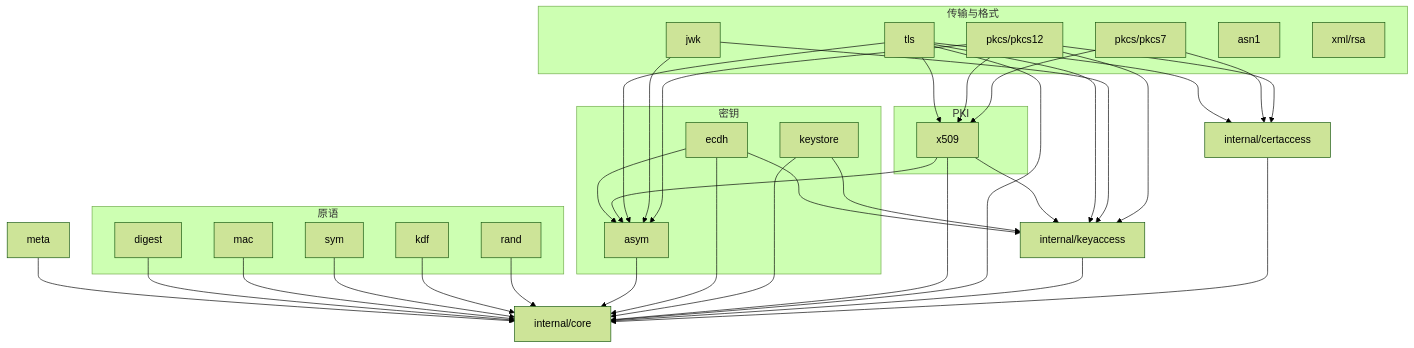
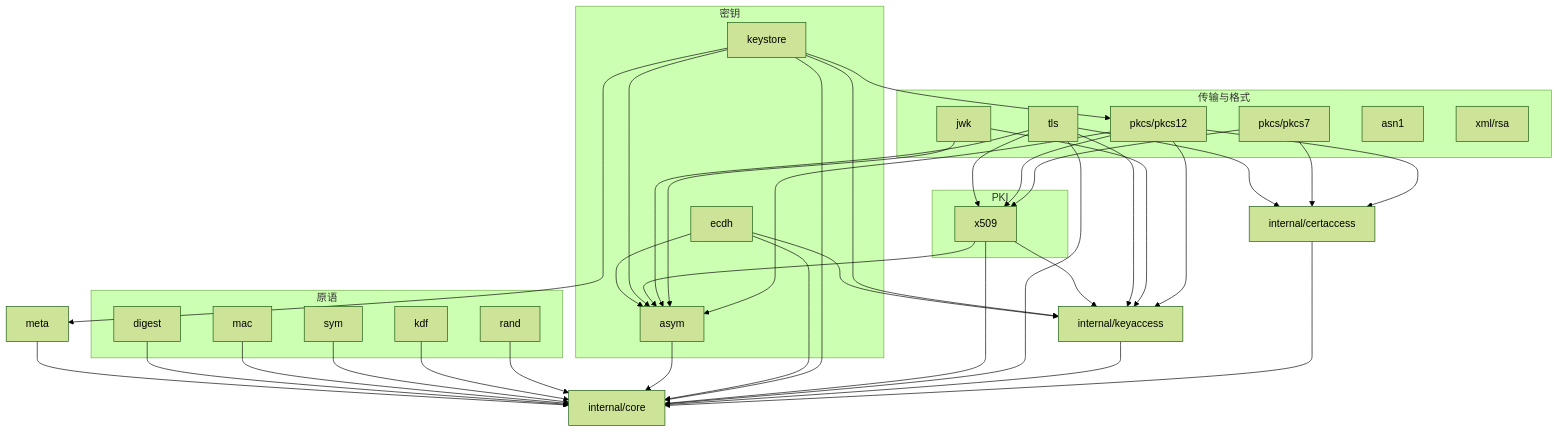
Before and after one commit to blue-cloud-net/tongsuo-go: the diagram in docs/architecture.md, drawn with Mermaid (forest theme). The commit also changed other lines of this file and 13 other files, not shown here.

Commit message:
docs(architecture): 同步 0.6.0 功能与架构文档

````diff
--- a/docs/architecture.md
+++ b/docs/architecture.md
@@ -55,60 +55,63 @@
 ```mermaid
 graph TD
   subgraph 原语
     digest
     mac
     sym
     kdf
     rand
   end
   subgraph 密钥
     asym
     ecdh
     keystore
   end
   subgraph PKI
     x509
   end
   subgraph 传输与格式
     tls
     jwk
     pkcs7["pkcs/pkcs7"]
     pkcs12["pkcs/pkcs12"]
     asn1
     xmlrsa["xml/rsa"]
   end
   core["internal/core"]
   keyaccess["internal/keyaccess"]
   certaccess["internal/certaccess"]
 
   meta --> core
   digest --> core
   mac --> core
   sym --> core
   kdf --> core
   rand --> core
   asym --> core
   ecdh --> core
   ecdh --> asym
+  keystore --> asym
+  keystore --> meta
+  keystore --> pkcs12
   keystore --> core
   x509 --> core
   x509 --> asym
   tls --> x509
   tls --> asym
   tls --> core
   jwk --> asym
   pkcs12 --> x509
   pkcs12 --> asym
   pkcs7 --> x509
   ecdh --> keyaccess
   x509 --> keyaccess
   tls --> keyaccess
   jwk --> keyaccess
   keystore --> keyaccess
   pkcs12 --> keyaccess
   tls --> certaccess
   pkcs7 --> certaccess
   pkcs12 --> certaccess
   keyaccess --> core
   certaccess --> core
 ```
````
